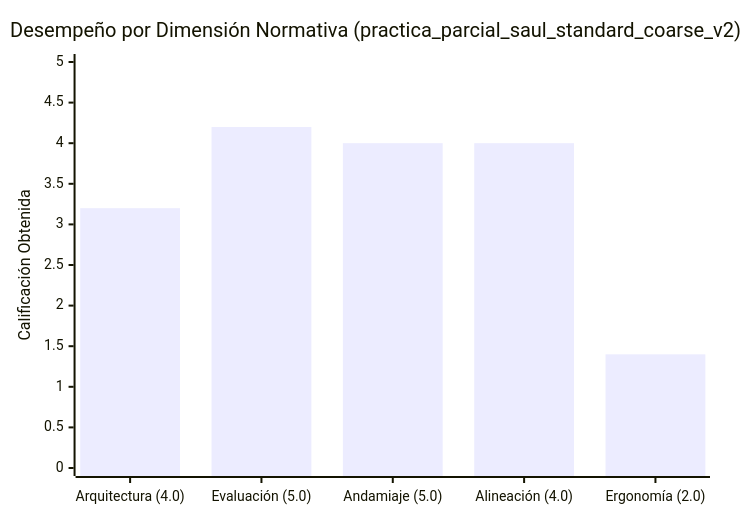
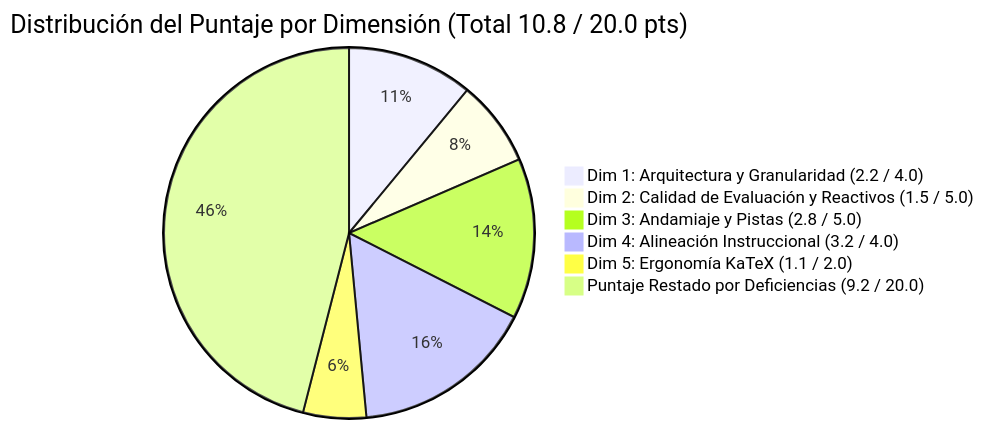
The first of 2 diagrams in reports/qa_audits/practica_parcial_saul_standard_coarse_v2_qa_report.md (aguerta/Tops_academy), drawn with Mermaid before and after one commit. The commit also changed other lines of this file and 41 other files, not shown here.

````diff
--- a/reports/qa_audits/practica_parcial_saul_standard_coarse_v2_qa_report.md
+++ b/reports/qa_audits/practica_parcial_saul_standard_coarse_v2_qa_report.md
@@ -42,7 +26,9 @@
 ```mermaid
-xychart-beta
-    title "Desempeño por Dimensión Normativa (practica_parcial_saul_standard_coarse_v2)"
-    x-axis ["Arquitectura (4.0)", "Evaluación (5.0)", "Andamiaje (5.0)", "Alineación (4.0)", "Ergonomía (2.0)"]
-    y-axis "Calificación Obtenida" 0 --> 5
-    bar [3.2, 4.2, 4.0, 4.0, 1.4]
+pie title Distribución del Puntaje por Dimensión (Total 10.8 / 20.0 pts)
+    "Dim 1: Arquitectura y Granularidad (2.2 / 4.0)" : 2.2
+    "Dim 2: Calidad de Evaluación y Reactivos (1.5 / 5.0)" : 1.5
+    "Dim 3: Andamiaje y Pistas (2.8 / 5.0)" : 2.8
+    "Dim 4: Alineación Instruccional (3.2 / 4.0)" : 3.2
+    "Dim 5: Ergonomía KaTeX (1.1 / 2.0)" : 1.1
+    "Puntaje Restado por Deficiencias (9.2 / 20.0)" : 9.2
 ```
````
